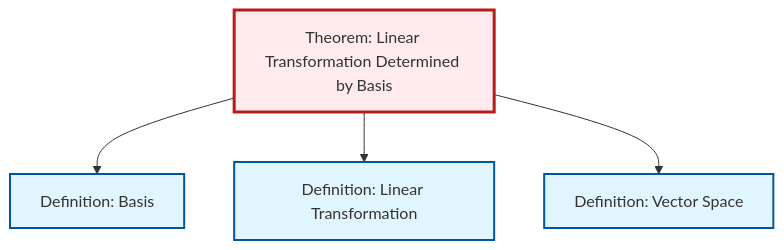
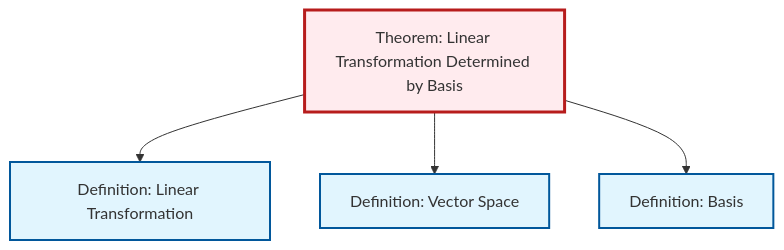
One commit to RK0429/ModernMath changed the diagram in content/en/algebra/thm-linear-transformation-basis.qmd. Above: the diagram before and after it, drawn with Mermaid. The commit also changed other lines of this file and 434 other files, not shown here.

````diff
--- a/content/en/algebra/thm-linear-transformation-basis.qmd
+++ b/content/en/algebra/thm-linear-transformation-basis.qmd
@@ -47,20 +47,20 @@
 ```{mermaid}
 %%| fig-cap: "Local dependency graph"
 graph TD
     classDef definition fill:#e1f5fe,stroke:#01579b,stroke-width:2px
     classDef theorem fill:#f3e5f5,stroke:#4a148c,stroke-width:2px
     classDef axiom fill:#fff3e0,stroke:#e65100,stroke-width:2px
     classDef example fill:#e8f5e9,stroke:#1b5e20,stroke-width:2px
     classDef current fill:#ffebee,stroke:#b71c1c,stroke-width:3px
+    thm-linear-transformation-basis["Theorem: Linear Transformation Determined by Basis"]:::theorem
     def-basis["Definition: Basis"]:::definition
+    def-vector-space["Definition: Vector Space"]:::definition
     def-linear-transformation["Definition: Linear Transformation"]:::definition
-    def-vector-space["Definition: Vector Space"]:::definition
-    thm-linear-transformation-basis["Theorem: Linear Transformation Determined by Basis"]:::theorem
-    thm-linear-transformation-basis --> def-basis
     thm-linear-transformation-basis --> def-linear-transformation
     thm-linear-transformation-basis --> def-vector-space
+    thm-linear-transformation-basis --> def-basis
     class thm-linear-transformation-basis current
     click def-basis "def-basis.html" "Go to Basis definition"
+    click def-vector-space "def-vector-space.html" "Go to Vector Space definition"
     click def-linear-transformation "def-linear-transformation.html" "Go to Linear Transformation definition"
-    click def-vector-space "def-vector-space.html" "Go to Vector Space definition"
 ```
````
